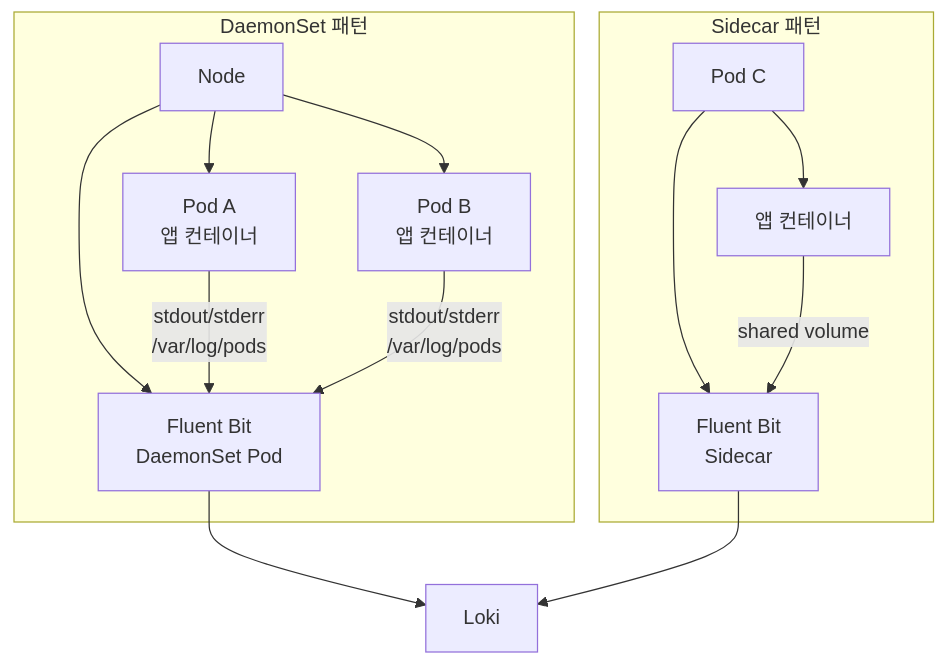
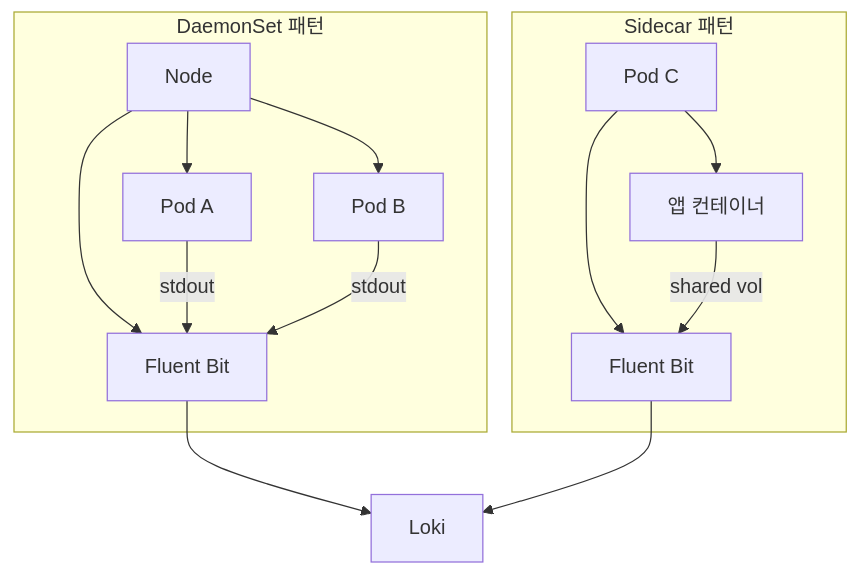
Before and after one commit to moonblueblue/devops-wiki: the eighth of 12 diagrams in content/linux/logging/log-management.md, drawn with Mermaid. The commit also changed other lines of this file and 12 other files, not shown here.

First line of the commit message:
style: linux 섹션 전체 ASCII art 제거 및 Mermaid 규칙 적용

````diff
--- a/content/linux/logging/log-management.md
+++ b/content/linux/logging/log-management.md
@@ -795,19 +784,19 @@
 ```mermaid
 flowchart TD
     subgraph DS["DaemonSet 패턴"]
-        N1[Node] --> P1[Pod A\n앱 컨테이너]
-        N1 --> P2[Pod B\n앱 컨테이너]
-        N1 --> FB[Fluent Bit\nDaemonSet Pod]
-        P1 -- stdout/stderr\n/var/log/pods --> FB
-        P2 -- stdout/stderr\n/var/log/pods --> FB
+        N1[Node] --> P1[Pod A]
+        N1 --> P2[Pod B]
+        N1 --> FB[Fluent Bit]
+        P1 -- stdout --> FB
+        P2 -- stdout --> FB
     end
 
     subgraph SC["Sidecar 패턴"]
         P3[Pod C] --> A3[앱 컨테이너]
-        P3 --> S3[Fluent Bit\nSidecar]
-        A3 -- shared volume --> S3
+        P3 --> S3[Fluent Bit]
+        A3 -- shared vol --> S3
     end
 
     FB --> LOKI[Loki]
     S3 --> LOKI
 ```
````
